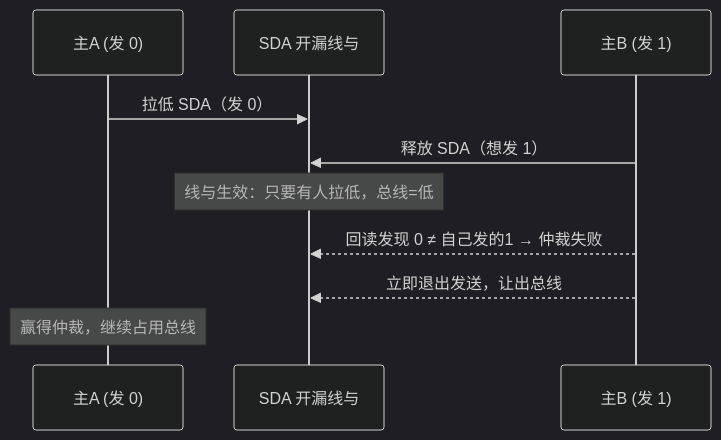
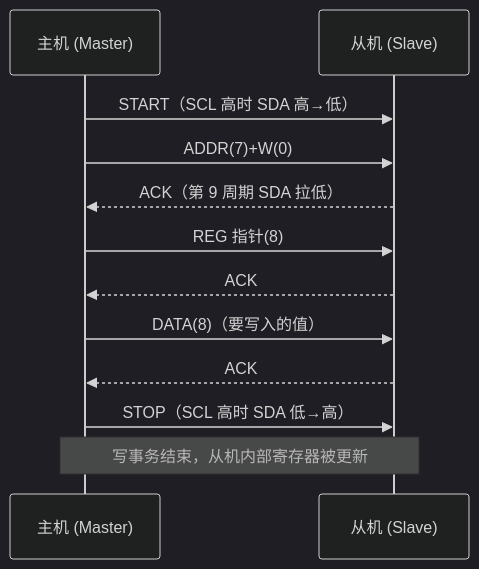
Before and after one commit to 1208826038/embedded-skill-notes: the third of 11 diagrams in articles/p04-i2c-smbus.md, drawn with Mermaid (dark theme). The commit also changed other lines of this file, not shown here.

````diff
--- a/articles/p04-i2c-smbus.md
+++ b/articles/p04-i2c-smbus.md
@@ -21,12 +235,14 @@
 ```mermaid
 sequenceDiagram
-    participant A as 主A (发 0)
-    participant Bus as SDA 开漏线与
-    participant B as 主B (发 1)
-    A->>Bus: 拉低 SDA（发 0）
-    B->>Bus: 释放 SDA（想发 1）
-    Note over Bus: 线与生效：只要有人拉低，总线=低
-    B-->>Bus: 回读发现 0 ≠ 自己发的1 → 仲裁失败
-    B-->>Bus: 立即退出发送，让出总线
-    Note over A: 赢得仲裁，继续占用总线
+    participant M as 主机 (Master)
+    participant S as 从机 (Slave)
+    M->>S: START（SCL 高时 SDA 高→低）
+    M->>S: ADDR(7)+W(0)
+    S-->>M: ACK（第 9 周期 SDA 拉低）
+    M->>S: REG 指针(8)
+    S-->>M: ACK
+    M->>S: DATA(8)（要写入的值）
+    S-->>M: ACK
+    M->>S: STOP（SCL 高时 SDA 低→高）
+    Note over M,S: 写事务结束，从机内部寄存器被更新
 ```
````
